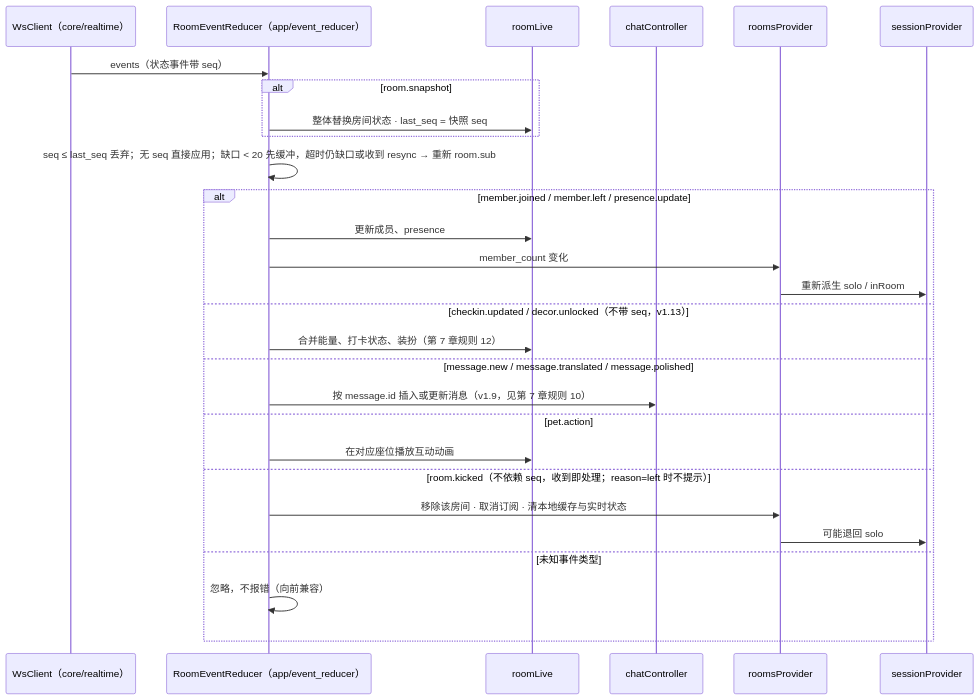
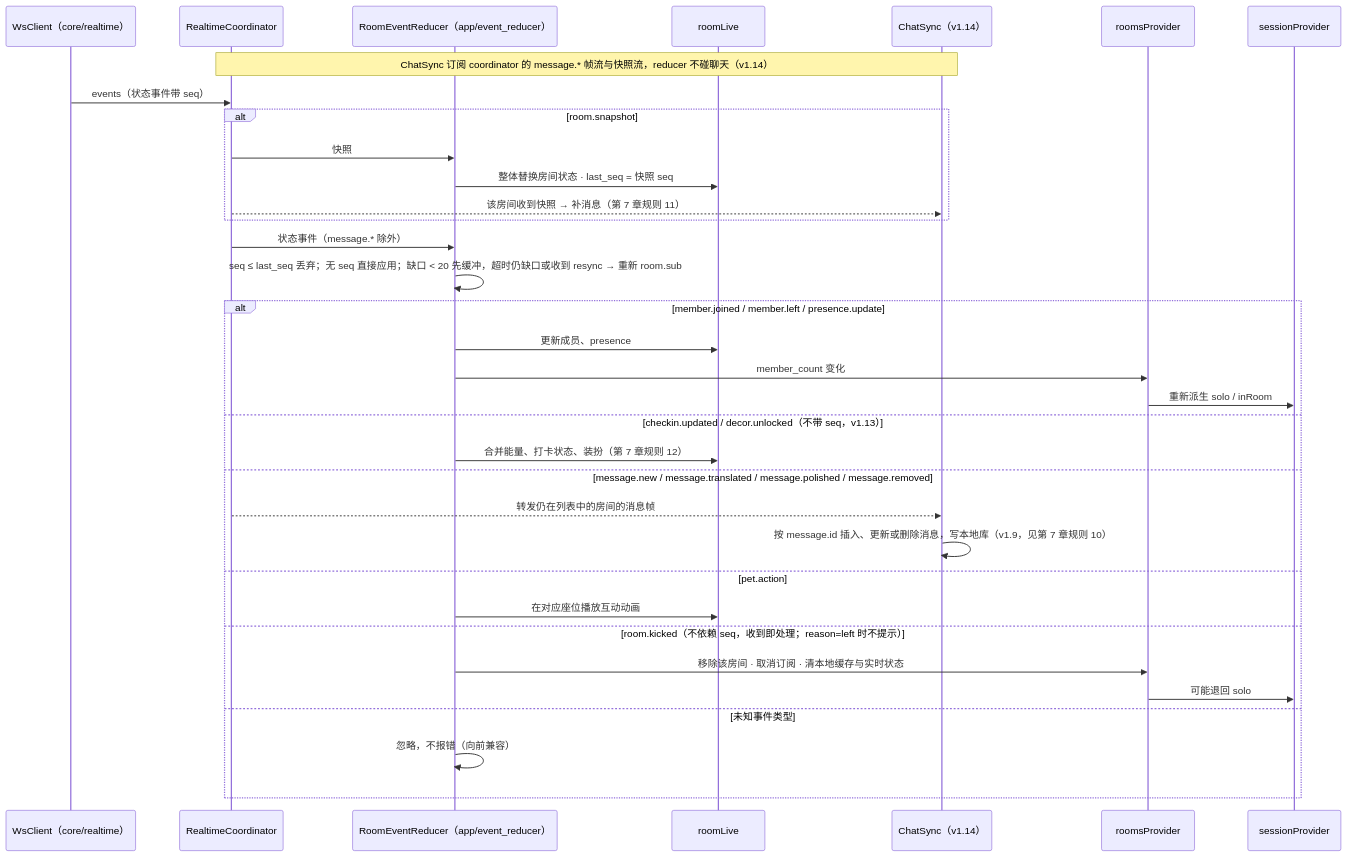
Before and after one commit to jinheng0301/PetBridge_frontend: the fifth of 6 diagrams in 前端技术设计文档（TRD）：PetBridge（Flutter）.md, drawn with Mermaid. The commit also changed other lines of this file and 5 other files, not shown here.

````diff
--- a/前端技术设计文档（TRD）：PetBridge（Flutter）.md
+++ b/前端技术设计文档（TRD）：PetBridge（Flutter）.md
@@ -261,31 +270,37 @@
 ```mermaid
 sequenceDiagram
     participant WS as WsClient（core/realtime）
+    participant Coord as RealtimeCoordinator
     participant Red as RoomEventReducer（app/event_reducer）
     participant RoomC as roomLive
-    participant ChatC as chatController
+    participant ChatS as ChatSync（v1.14）
     participant Rooms as roomsProvider
     participant Sess as sessionProvider
 
-    WS->>Red: events（状态事件带 seq）
+    Note over Coord,ChatS: ChatSync 订阅 coordinator 的 message.* 帧流与快照流，reducer 不碰聊天（v1.14）
+    WS->>Coord: events（状态事件带 seq）
     alt room.snapshot
+        Coord->>Red: 快照
         Red->>RoomC: 整体替换房间状态 · last_seq = 快照 seq
+        Coord-->>ChatS: 该房间收到快照 → 补消息（第 7 章规则 11）
     end
+    Coord->>Red: 状态事件（message.* 除外）
     Red->>Red: seq ≤ last_seq 丢弃；无 seq 直接应用；缺口 < 20 先缓冲，超时仍缺口或收到 resync → 重新 room.sub
     alt member.joined / member.left / presence.update
         Red->>RoomC: 更新成员、presence
         Red->>Rooms: member_count 变化
         Rooms->>Sess: 重新派生 solo / inRoom
     else checkin.updated / decor.unlocked（不带 seq，v1.13）
         Red->>RoomC: 合并能量、打卡状态、装扮（第 7 章规则 12）
-    else message.new / message.translated / message.polished
-        Red->>ChatC: 按 message.id 插入或更新消息（v1.9，见第 7 章规则 10）
+    else message.new / message.translated / message.polished / message.removed
+        Coord-->>ChatS: 转发仍在列表中的房间的消息帧
+        ChatS->>ChatS: 按 message.id 插入、更新或删除消息，写本地库（v1.9，见第 7 章规则 10）
     else pet.action
         Red->>RoomC: 在对应座位播放互动动画
     else room.kicked（不依赖 seq，收到即处理；reason=left 时不提示）
         Red->>Rooms: 移除该房间 · 取消订阅 · 清本地缓存与实时状态
         Rooms->>Sess: 可能退回 solo
     else 未知事件类型
         Red->>Red: 忽略，不报错（向前兼容）
     end
 ```
````
